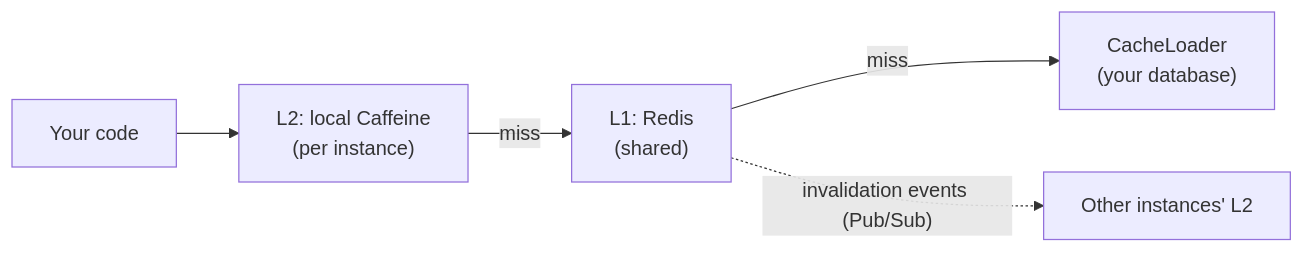
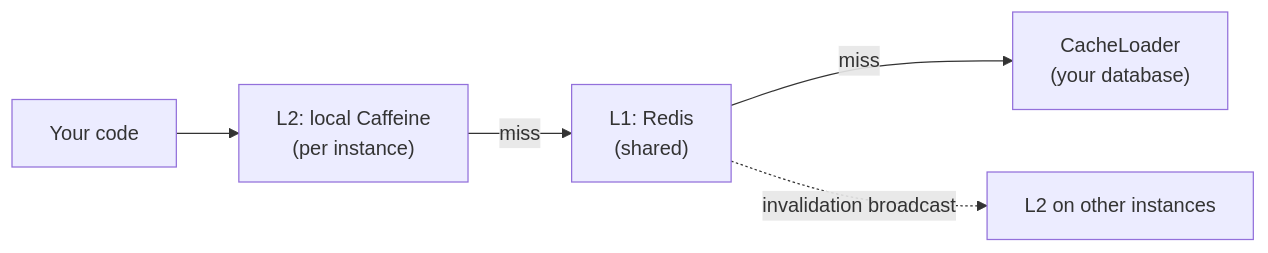
The diagram in wiki/guide/index.md (Ahoo-Wang/CoCache), drawn with Mermaid before and after one commit. The commit also changed other lines of this file and 21 other files, not shown here.

````diff
--- a/wiki/guide/index.md
+++ b/wiki/guide/index.md
@@ -18,7 +25,7 @@
 ```mermaid
 flowchart LR
     App["Your code"] --> L2["L2: local Caffeine<br>(per instance)"]
     L2 -- miss --> L1["L1: Redis<br>(shared)"]
     L1 -- miss --> Src["CacheLoader<br>(your database)"]
-    L1 -. "invalidation events (Pub/Sub)" .-> Peers["Other instances' L2"]
+    L1 -. "invalidation broadcast" .-> Peers["L2 on other instances"]
 ```
````
